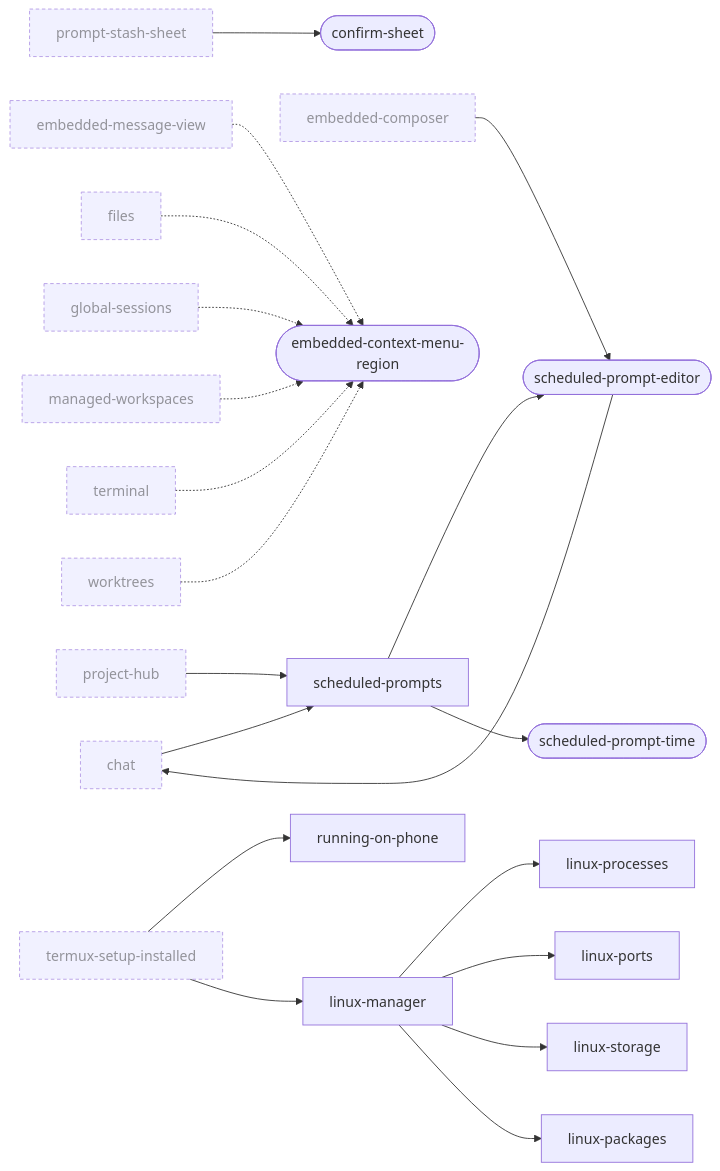
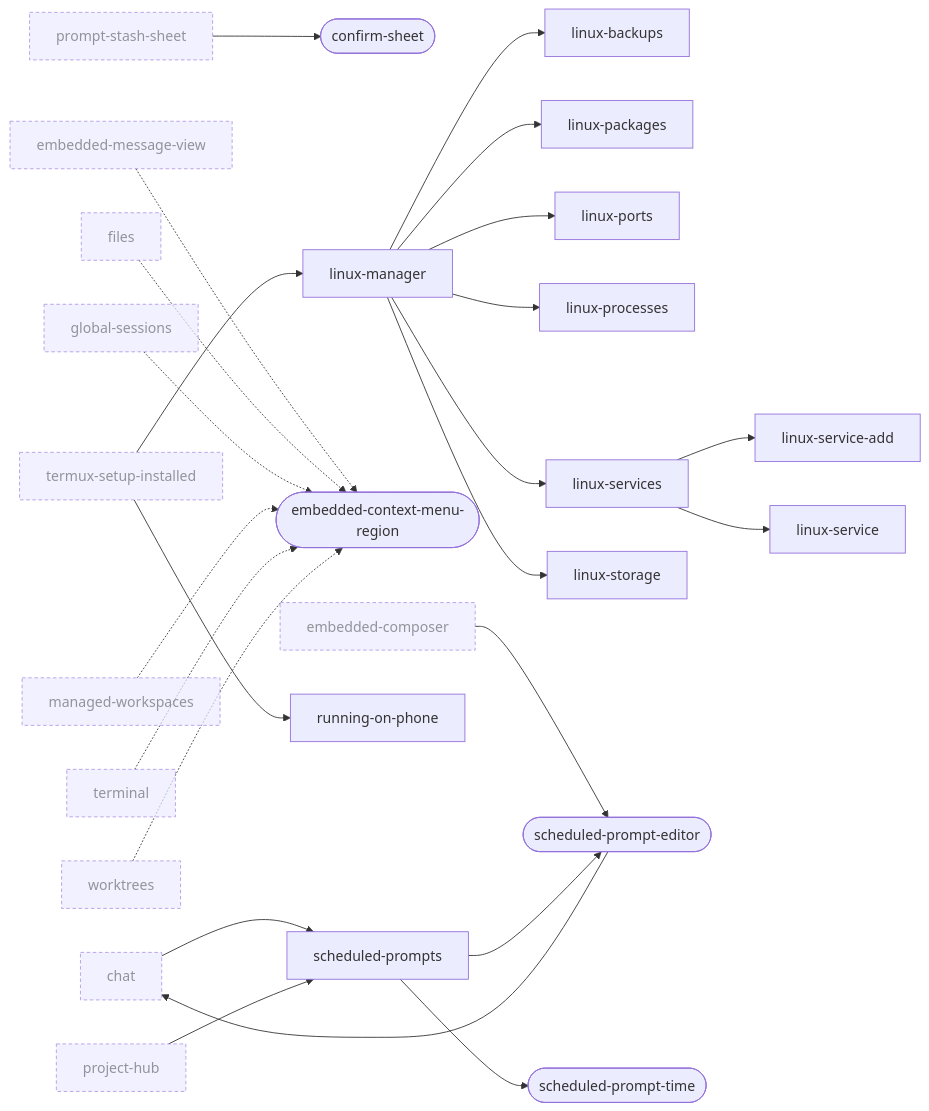
One commit to Eslamasabry/opencode-mobile-next changed diagram 11 of 11 in docs/design/ui-ledger/navigation.md. Above: the diagram before and after it, drawn with Mermaid. The commit also changed other lines of this file and 954 other files, not shown here.

````diff
--- a/docs/design/ui-ledger/navigation.md
+++ b/docs/design/ui-ledger/navigation.md
@@ -1229,45 +1229,53 @@
 ```mermaid
 graph LR
   chat["chat"]:::ext
   confirm_sheet(["confirm-sheet"])
   embedded_composer["embedded-composer"]:::ext
   embedded_context_menu_region(["embedded-context-menu-region"])
   embedded_message_view["embedded-message-view"]:::ext
   files["files"]:::ext
   global_sessions["global-sessions"]:::ext
+  linux_backups["linux-backups"]
   linux_manager["linux-manager"]
   linux_packages["linux-packages"]
   linux_ports["linux-ports"]
   linux_processes["linux-processes"]
+  linux_service["linux-service"]
+  linux_service_add["linux-service-add"]
+  linux_services["linux-services"]
   linux_storage["linux-storage"]
   managed_workspaces["managed-workspaces"]:::ext
   project_hub["project-hub"]:::ext
   prompt_stash_sheet["prompt-stash-sheet"]:::ext
   running_on_phone["running-on-phone"]
   scheduled_prompt_editor(["scheduled-prompt-editor"])
   scheduled_prompt_time(["scheduled-prompt-time"])
   scheduled_prompts["scheduled-prompts"]
   terminal["terminal"]:::ext
   termux_setup_installed["termux-setup-installed"]:::ext
   worktrees["worktrees"]:::ext
   chat --> scheduled_prompts
   embedded_composer --> scheduled_prompt_editor
   prompt_stash_sheet --> confirm_sheet
   project_hub --> scheduled_prompts
   termux_setup_installed --> running_on_phone
+  linux_manager --> linux_services
   linux_manager --> linux_processes
   linux_manager --> linux_ports
   linux_manager --> linux_storage
   linux_manager --> linux_packages
+  linux_manager --> linux_backups
+  linux_services --> linux_service_add
+  linux_services --> linux_service
   scheduled_prompts --> scheduled_prompt_editor
   scheduled_prompts --> scheduled_prompt_time
   scheduled_prompt_editor --> chat
   embedded_message_view -.-> embedded_context_menu_region
   files -.-> embedded_context_menu_region
   global_sessions -.-> embedded_context_menu_region
   managed_workspaces -.-> embedded_context_menu_region
   terminal -.-> embedded_context_menu_region
   worktrees -.-> embedded_context_menu_region
   termux_setup_installed --> linux_manager
   classDef ext stroke-dasharray: 4 3,opacity:0.7
 ```
````
